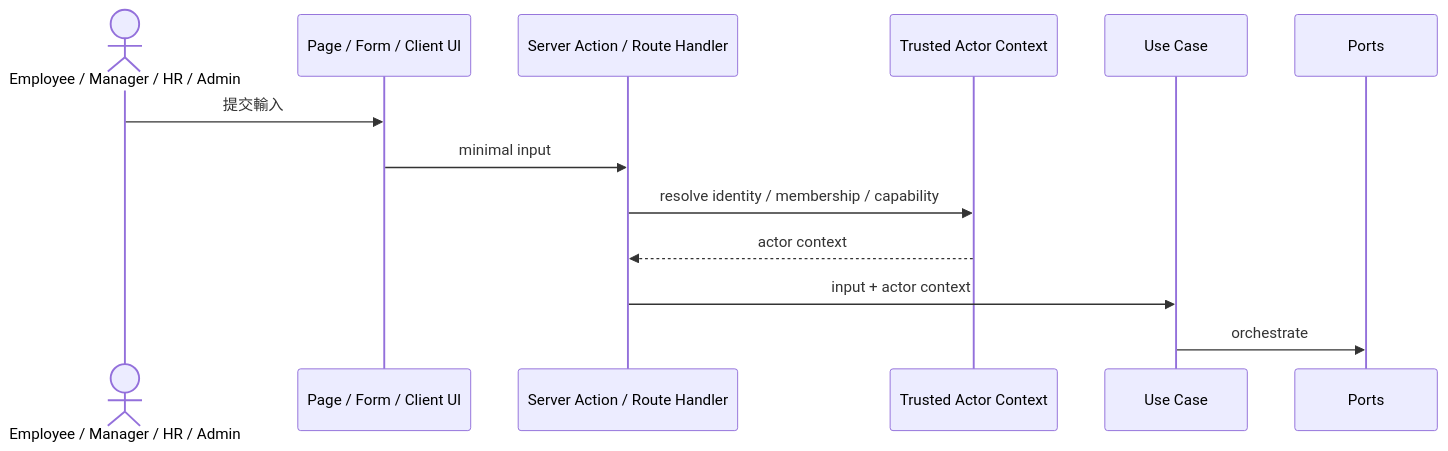
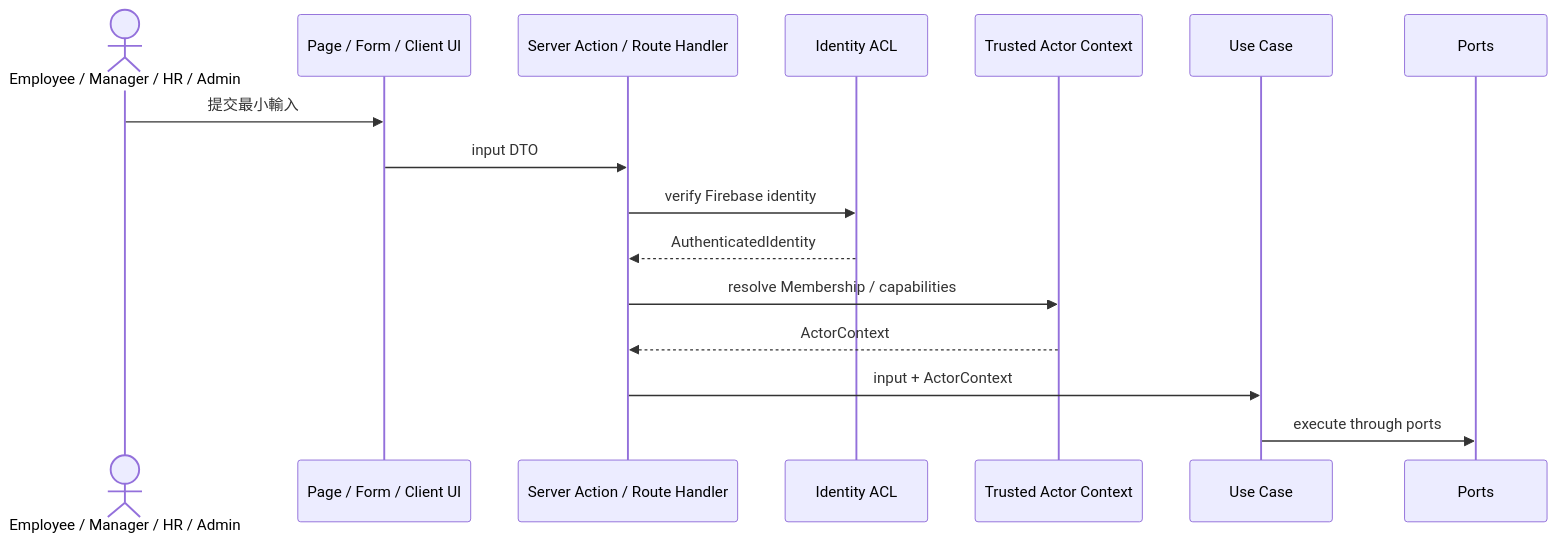
Before and after one commit to 369sup/worksync-hr: the diagram in docs/03-application/use-cases.md, drawn with Mermaid. The commit also changed other lines of this file and 32 other files, not shown here.

Commit message:
Refine architecture docs and add docs check to CI

````diff
--- a/docs/03-application/use-cases.md
+++ b/docs/03-application/use-cases.md
@@ -7,16 +8,19 @@
 ```mermaid
 sequenceDiagram
   actor User as Employee / Manager / HR / Admin
   participant UI as Page / Form / Client UI
   participant ADP as Server Action / Route Handler
+  participant ACL as Identity ACL
   participant ACT as Trusted Actor Context
   participant UC as Use Case
   participant PORT as Ports
 
-  User->>UI: 提交輸入
-  UI->>ADP: minimal input
-  ADP->>ACT: resolve identity / membership / capability
-  ACT-->>ADP: actor context
-  ADP->>UC: input + actor context
-  UC->>PORT: orchestrate
+  User->>UI: 提交最小輸入
+  UI->>ADP: input DTO
+  ADP->>ACL: verify Firebase identity
+  ACL-->>ADP: AuthenticatedIdentity
+  ADP->>ACT: resolve Membership / capabilities
+  ACT-->>ADP: ActorContext
+  ADP->>UC: input + ActorContext
+  UC->>PORT: execute through ports
 ```
````
